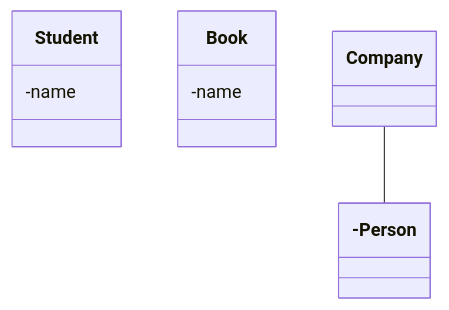
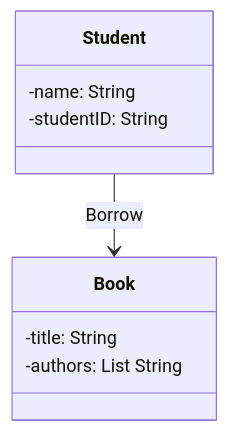
The second of 2 diagrams in Notes/Courses/Software Engineering/My SE notes.md (computersniper/second-brain), drawn with Mermaid before and after one commit. The commit also changed other lines of this file, not shown here.

Commit message:
Refine personal class diagram example

````diff
--- a/Notes/Courses/Software Engineering/My SE notes.md
+++ b/Notes/Courses/Software Engineering/My SE notes.md
@@ -96,11 +96,13 @@
 ```mermaid
 classDiagram
     class Student {
-        -name
+        -name: String
+        -studentID: String
     }
 	class Book{
-		-name
+		-title: String
+		-authors: List String
 	}
 	
-	Company---Person
+	Student  -->  Book : Borrow
 ```
````
